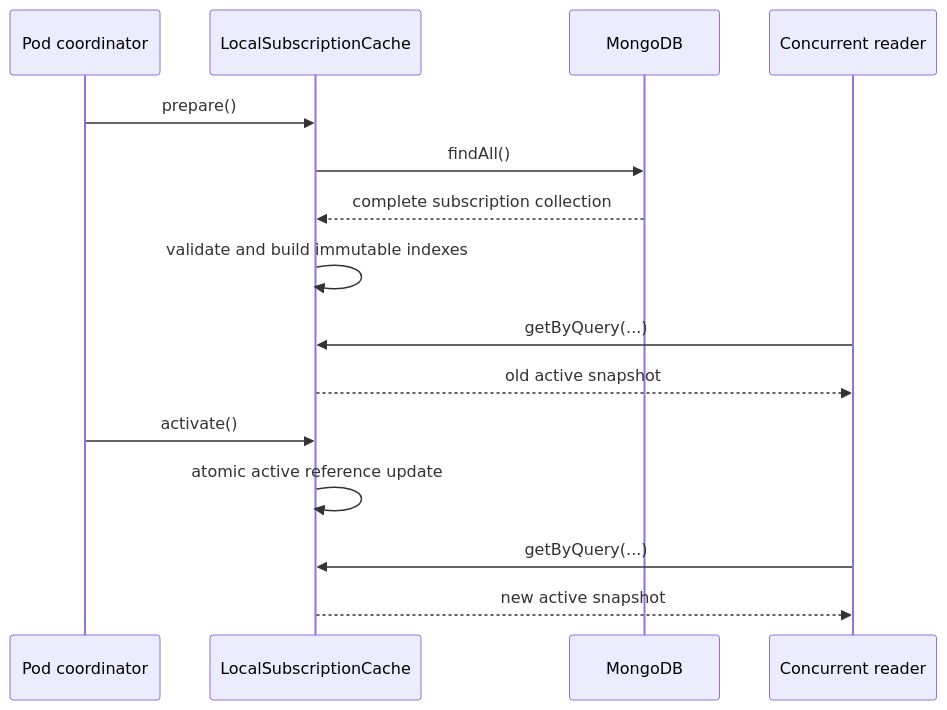
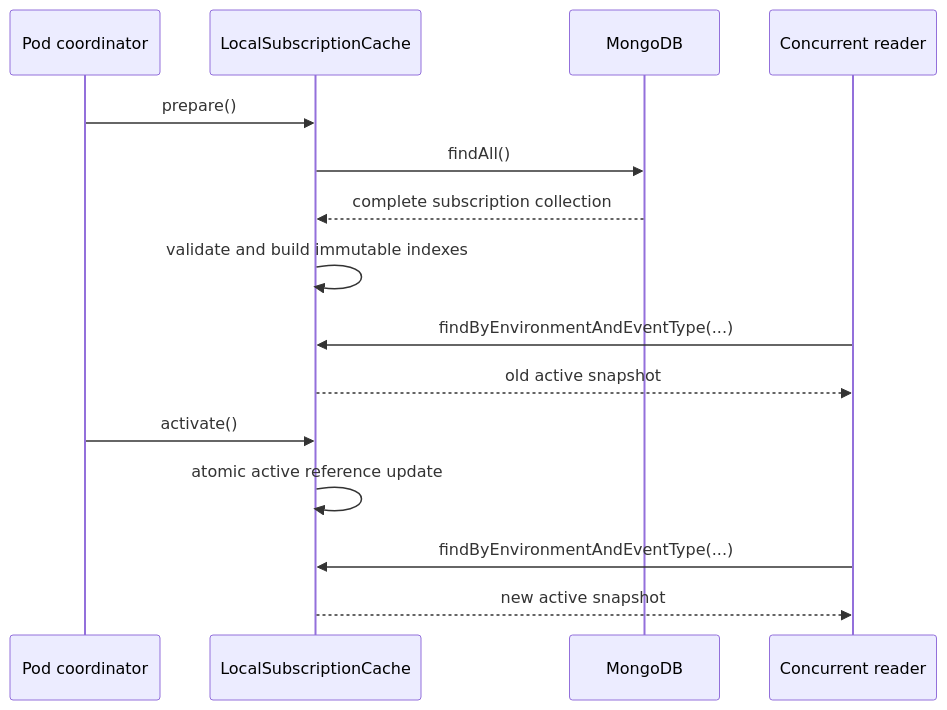
The second of 2 diagrams in docs/local-subscription-cache.md (telekom/pubsub-horizon-spring-parent), drawn with Mermaid before and after one commit. The commit also changed other lines of this file and 18 other files, not shown here.

Commit message:
feat: add local subscription cache reader

````diff
--- a/docs/local-subscription-cache.md
+++ b/docs/local-subscription-cache.md
@@ -71,18 +109,18 @@
 ```mermaid
 sequenceDiagram
     participant Coordinator as Pod coordinator
     participant Cache as LocalSubscriptionCache
     participant Mongo as MongoDB
     participant Reader as Concurrent reader
 
     Coordinator->>Cache: prepare()
     Cache->>Mongo: findAll()
     Mongo-->>Cache: complete subscription collection
     Cache->>Cache: validate and build immutable indexes
-    Reader->>Cache: getByQuery(...)
+    Reader->>Cache: findByEnvironmentAndEventType(...)
     Cache-->>Reader: old active snapshot
     Coordinator->>Cache: activate()
     Cache->>Cache: atomic active reference update
-    Reader->>Cache: getByQuery(...)
+    Reader->>Cache: findByEnvironmentAndEventType(...)
     Cache-->>Reader: new active snapshot
 ```
````
